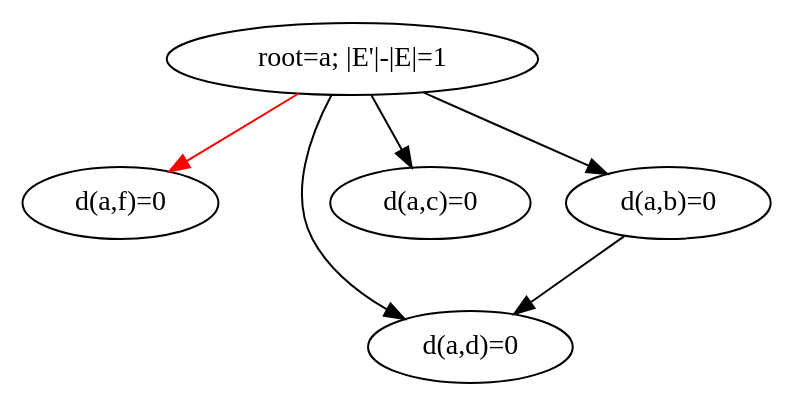
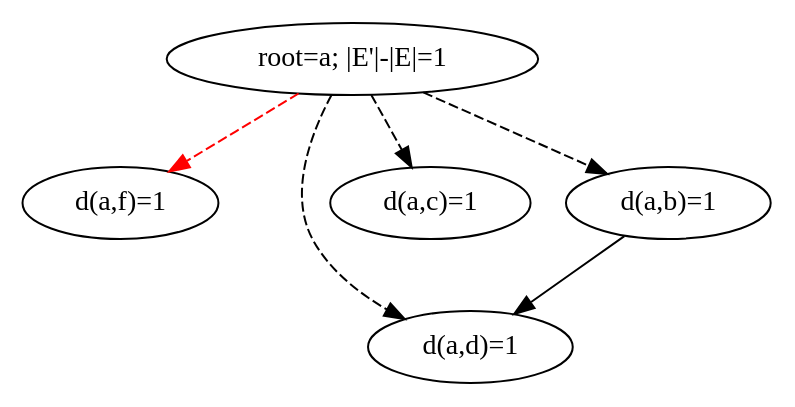
The diagram in dot_files/test_1_out.dot (GabVenturato/asdproject), drawn with Graphviz before and after one commit. The commit also changed 58 other files, not shown here.

```diff
--- a/dot_files/test_1_out.dot
+++ b/dot_files/test_1_out.dot
@@ -1,12 +1,12 @@
 digraph out {
-f [label="d(a,f)=0"];
-d [label="d(a,d)=0"];
-c [label="d(a,c)=0"];
-b [label="d(a,b)=0"];
+f [label="d(a,f)=1"];
+d [label="d(a,d)=1"];
+c [label="d(a,c)=1"];
+b [label="d(a,b)=1"];
 b -> d;
 a [label="root=a; |E'|-|E|=1"];
-a -> f [color=red];
-a -> d;
-a -> c;
-a -> b;
+a -> f [style=dashed, color=red];
+a -> d [style=dashed];
+a -> c [style=dashed];
+a -> b [style=dashed];
 }
```
